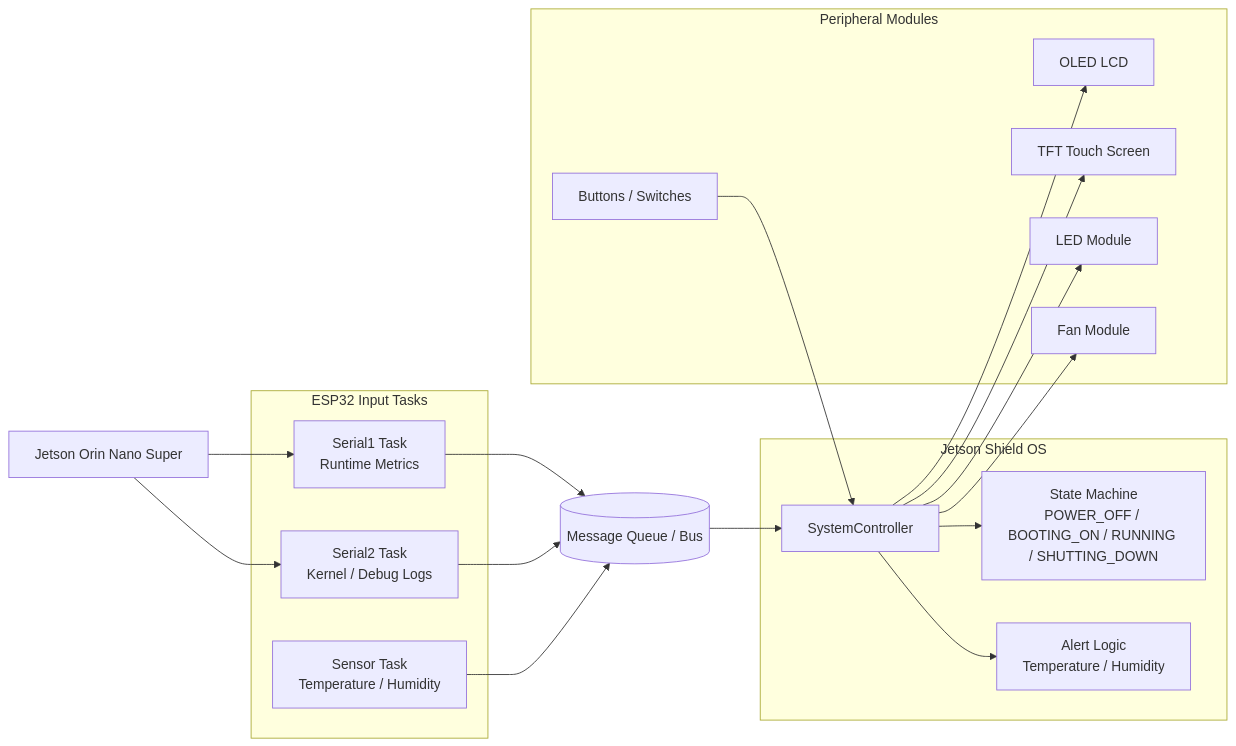
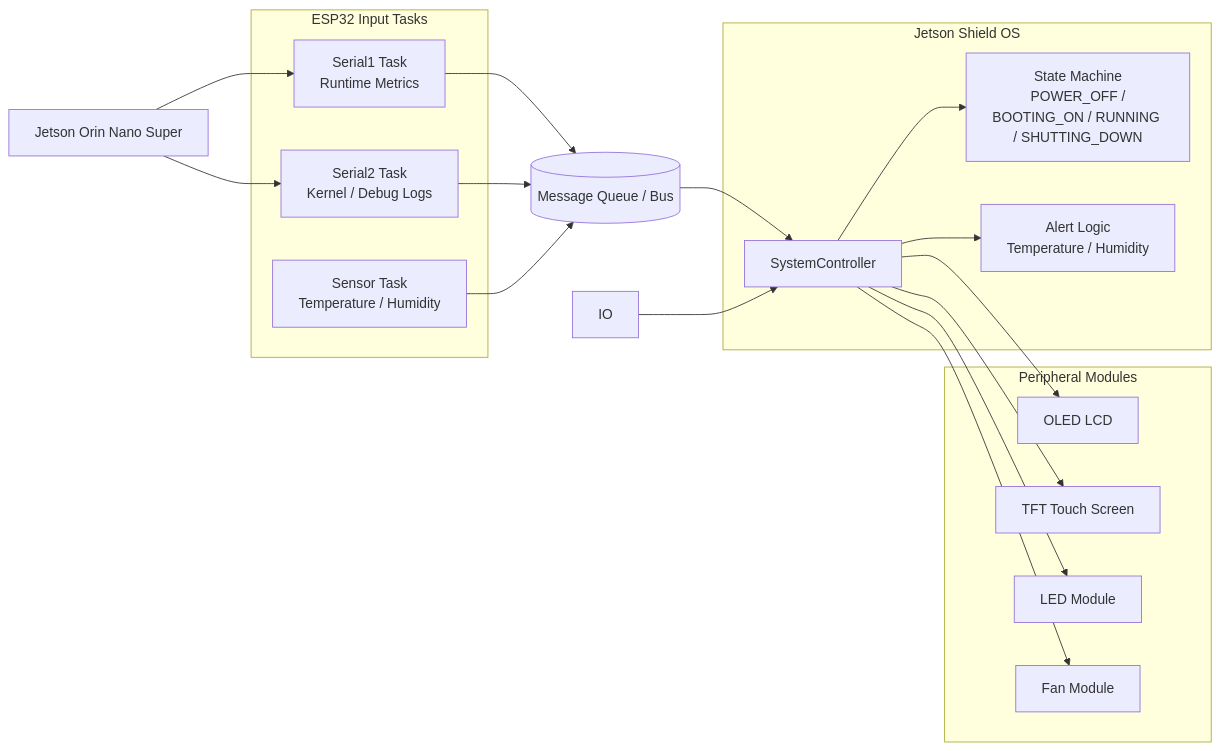
The diagram in README.md (viettran-edgeAI/Jetson_case_os), drawn with Mermaid before and after one commit.

````diff
--- a/README.md
+++ b/README.md
@@ -24,40 +24,39 @@
 ```mermaid
 flowchart LR
 	Jetson[Jetson Orin Nano Super]
 
 	subgraph Ingress[ESP32 Input Tasks]
 		Serial1[Serial1 Task\nRuntime Metrics]
 		Serial2[Serial2 Task\nKernel / Debug Logs]
 		Sensor[Sensor Task\nTemperature / Humidity]
 	end
 
 	Queue[(Message Queue / Bus)]
 
 	subgraph Control[Jetson Shield OS]
 		Controller[SystemController]
-		State[State Machine\nPOWER_OFF / BOOTING_ON / RUNNING / SHUTTING_DOWN]
-		Alerts[Alert Logic\nTemperature / Humidity]
+		State[State Machine\n POWER_OFF / BOOTING_ON / RUNNING / SHUTTING_DOWN]
+		Alerts[Alert Logic\n Temperature / Humidity]
 	end
 
 	subgraph Outputs[Peripheral Modules]
 		OLED[OLED LCD]
 		TFT[TFT Touch Screen]
 		LED[LED Module]
 		Fan[Fan Module]
-		IO[Buttons / Switches]
 	end
 
 	Jetson --> Serial1
 	Jetson --> Serial2
 	Serial1 --> Queue
 	Serial2 --> Queue
 	Sensor --> Queue
 	Queue --> Controller
 	Controller --> State
 	Controller --> Alerts
 	Controller --> OLED
 	Controller --> TFT
 	Controller --> LED
 	Controller --> Fan
 	IO --> Controller
 ```
````
